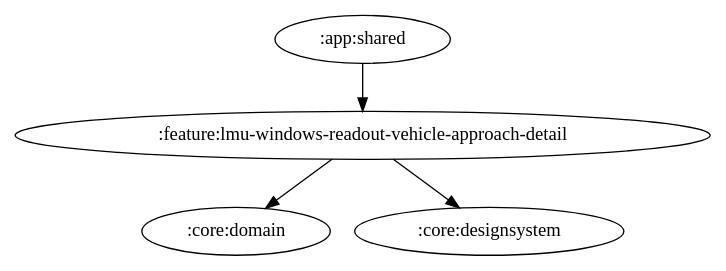
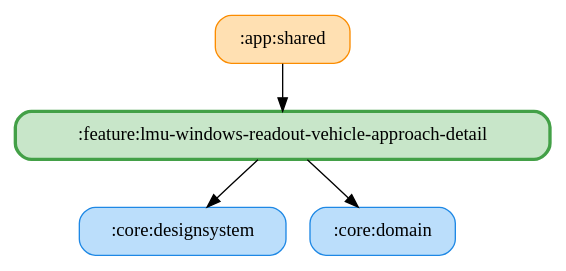
The diagram in docs/graphs/feature-lmu-windows-readout-vehicle-approach-detail.gv (ai-kurou/KoDriver), drawn with Graphviz before and after one commit. The commit also changed 97 other files, not shown here.

Commit message:
chore: update module graph images

```diff
--- a/docs/graphs/feature-lmu-windows-readout-vehicle-approach-detail.gv
+++ b/docs/graphs/feature-lmu-windows-readout-vehicle-approach-detail.gv
@@ -1,6 +1,11 @@
 digraph G {
   rankdir=TB
+  node [shape=box, style="rounded,filled"]
+  ":app:shared" [fillcolor="#FFE0B2", color="#FB8C00", penwidth=1]
+  ":core:designsystem" [fillcolor="#BBDEFB", color="#1E88E5", penwidth=1]
+  ":core:domain" [fillcolor="#BBDEFB", color="#1E88E5", penwidth=1]
+  ":feature:lmu-windows-readout-vehicle-approach-detail" [fillcolor="#C8E6C9", color="#43A047", penwidth=2.5]
   ":app:shared" -> ":feature:lmu-windows-readout-vehicle-approach-detail"
   ":feature:lmu-windows-readout-vehicle-approach-detail" -> ":core:domain"
   ":feature:lmu-windows-readout-vehicle-approach-detail" -> ":core:designsystem"
 }
```
